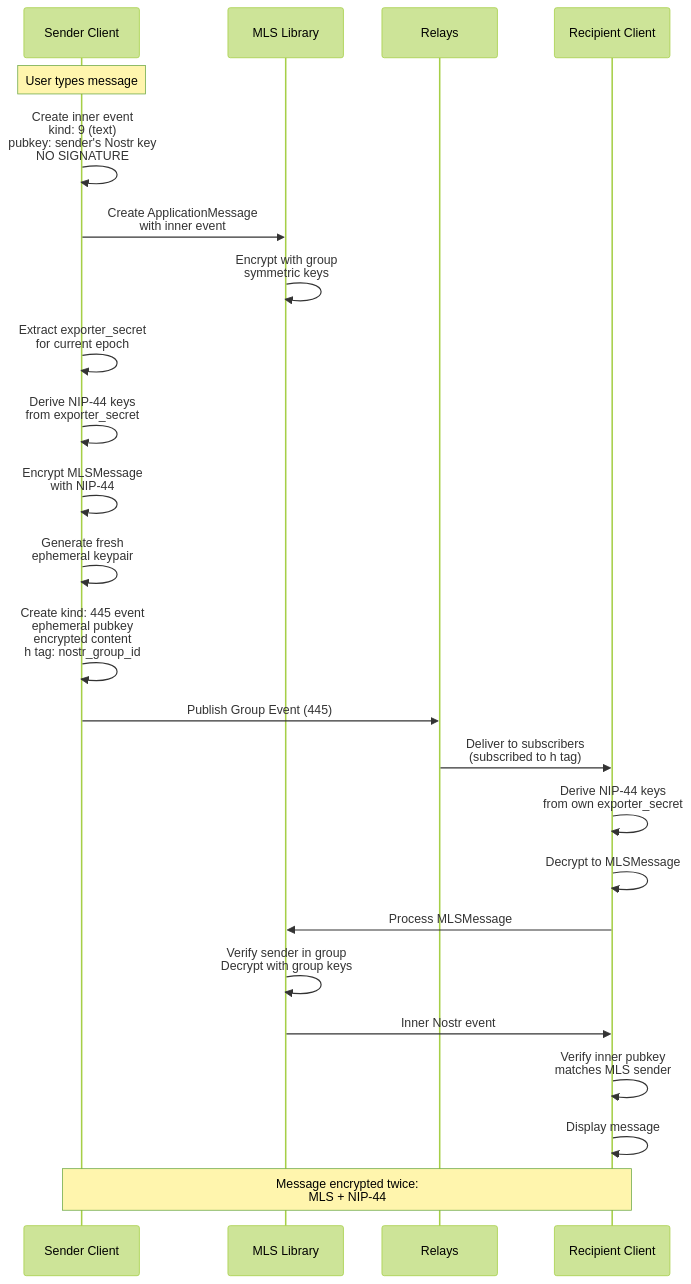
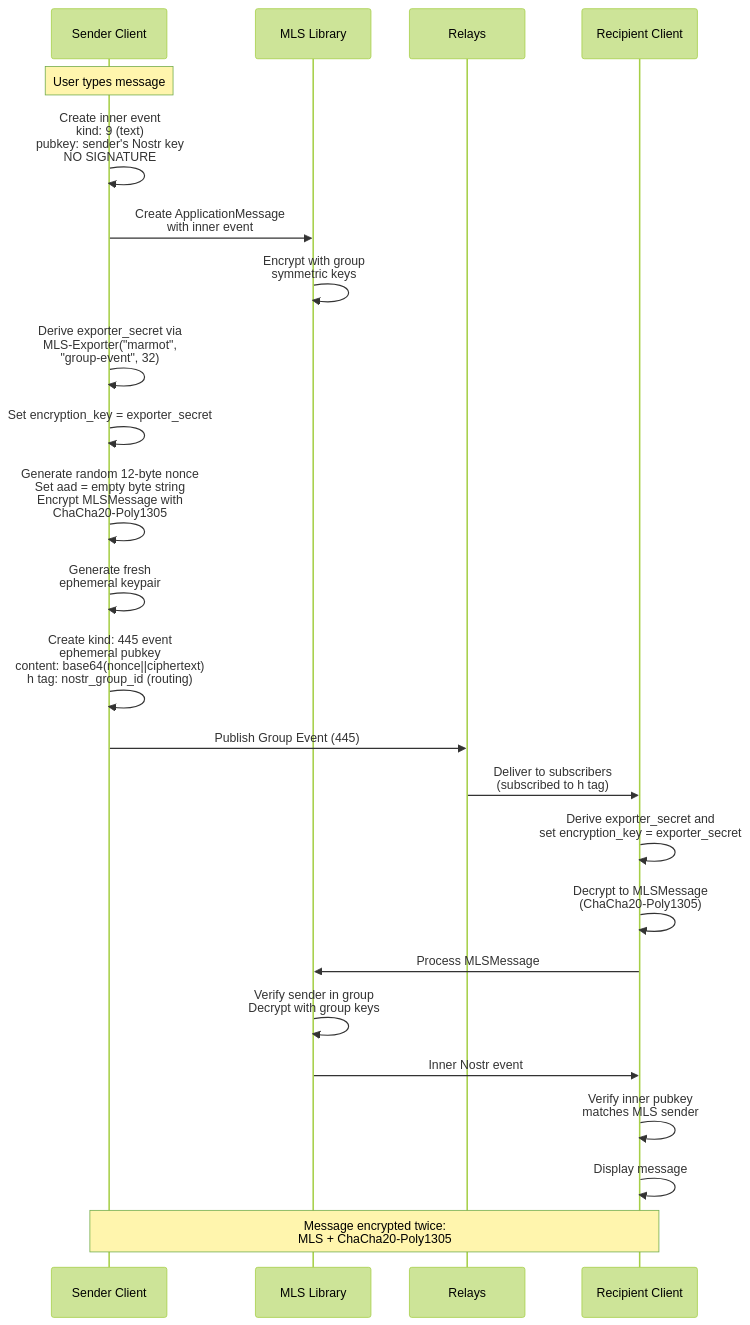
The fourth of 9 diagrams in data_flows.md (RogueFantasy/marmot), drawn with Mermaid (forest theme) before and after one commit. The commit also changed other lines of this file and 5 other files, not shown here.

First line of the commit message:
feat(mip-03): replace NIP-44 with ChaCha20-Poly1305 for kind:445 encryption (#48)

````diff
--- a/data_flows.md
+++ b/data_flows.md
@@ -220,45 +220,45 @@
 ```mermaid
 sequenceDiagram
     participant S as Sender Client
     participant MLS as MLS Library
     participant R as Relays
     participant Rec as Recipient Client
 
     Note over S: User types message
 
     S->>S: Create inner event<br/>kind: 9 (text)<br/>pubkey: sender's Nostr key<br/>NO SIGNATURE
 
     S->>MLS: Create ApplicationMessage<br/>with inner event
 
     MLS->>MLS: Encrypt with group<br/>symmetric keys
 
-    S->>S: Extract exporter_secret<br/>for current epoch
+    S->>S: Derive exporter_secret via<br/>MLS-Exporter("marmot",<br/>"group-event", 32)
 
-    S->>S: Derive NIP-44 keys<br/>from exporter_secret
+    S->>S: Set encryption_key = exporter_secret
 
-    S->>S: Encrypt MLSMessage<br/>with NIP-44
+    S->>S: Generate random 12-byte nonce<br/>Set aad = empty byte string<br/>Encrypt MLSMessage with<br/>ChaCha20-Poly1305
 
     S->>S: Generate fresh<br/>ephemeral keypair
 
-    S->>S: Create kind: 445 event<br/>ephemeral pubkey<br/>encrypted content<br/>h tag: nostr_group_id
+    S->>S: Create kind: 445 event<br/>ephemeral pubkey<br/>content: base64(nonce||ciphertext)<br/>h tag: nostr_group_id (routing)
 
     S->>R: Publish Group Event (445)
 
     R->>Rec: Deliver to subscribers<br/>(subscribed to h tag)
 
-    Rec->>Rec: Derive NIP-44 keys<br/>from own exporter_secret
+    Rec->>Rec: Derive exporter_secret and<br/>set encryption_key = exporter_secret
 
-    Rec->>Rec: Decrypt to MLSMessage
+    Rec->>Rec: Decrypt to MLSMessage<br/>(ChaCha20-Poly1305)
 
     Rec->>MLS: Process MLSMessage
 
     MLS->>MLS: Verify sender in group<br/>Decrypt with group keys
 
     MLS->>Rec: Inner Nostr event
 
     Rec->>Rec: Verify inner pubkey<br/>matches MLS sender
 
     Rec->>Rec: Display message
 
-    Note over S,Rec: Message encrypted twice:<br/>MLS + NIP-44
+    Note over S,Rec: Message encrypted twice:<br/>MLS + ChaCha20-Poly1305
 ```
````
